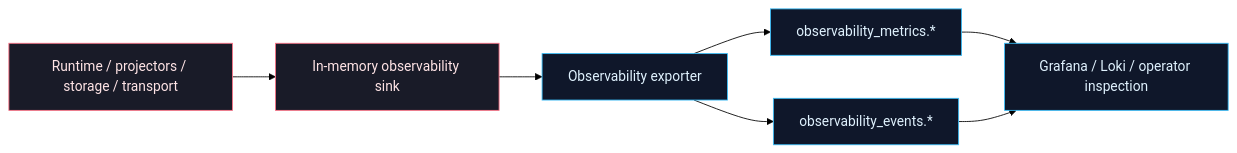
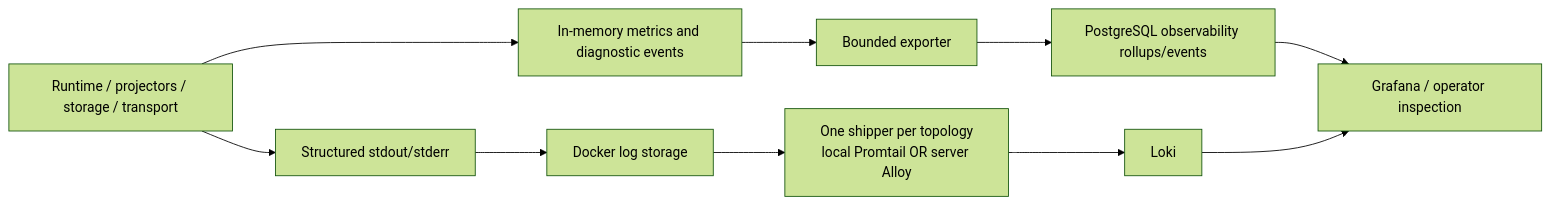
One commit to elijahbrookss/quant-trad changed the diagram in docs/architecture/observability/diagrams/observability-flow.mmd. Above: the diagram before and after it, drawn with Mermaid (forest theme). The commit also changed 29 other files, not shown here.

Commit message:
docs: consolidate architecture into current engineering manual

```diff
--- a/docs/architecture/observability/diagrams/observability-flow.mmd
+++ b/docs/architecture/observability/diagrams/observability-flow.mmd
@@ -1,19 +1,14 @@
 flowchart LR
     emitters["Runtime / projectors / storage / transport"]
-    sink["In-memory observability sink"]
-    exporter["Observability exporter"]
-    metrics["observability_metrics.*"]
-    events["observability_events.*"]
-    dashboards["Grafana / Loki / operator inspection"]
-
-    emitters --> sink
-    sink --> exporter
-    exporter --> metrics
-    exporter --> events
-    metrics --> dashboards
-    events --> dashboards
-
-    classDef hot fill:#191b28,stroke:#fb7185,color:#ffe4e6
-    classDef durable fill:#0f172a,stroke:#38bdf8,color:#e0f2fe
-    class emitters,sink hot
-    class exporter,metrics,events,dashboards durable
+    sink["In-memory metrics and diagnostic events"]
+    exporter["Bounded exporter"]
+    database["PostgreSQL observability rollups/events"]
+    stdout["Structured stdout/stderr"]
+    docker["Docker log storage"]
+    shipper["One shipper per topology<br/>local Promtail OR server Alloy"]
+    loki["Loki"]
+    grafana["Grafana / operator inspection"]
+    emitters --> sink --> exporter --> database
+    emitters --> stdout --> docker --> shipper --> loki
+    database --> grafana
+    loki --> grafana
```
